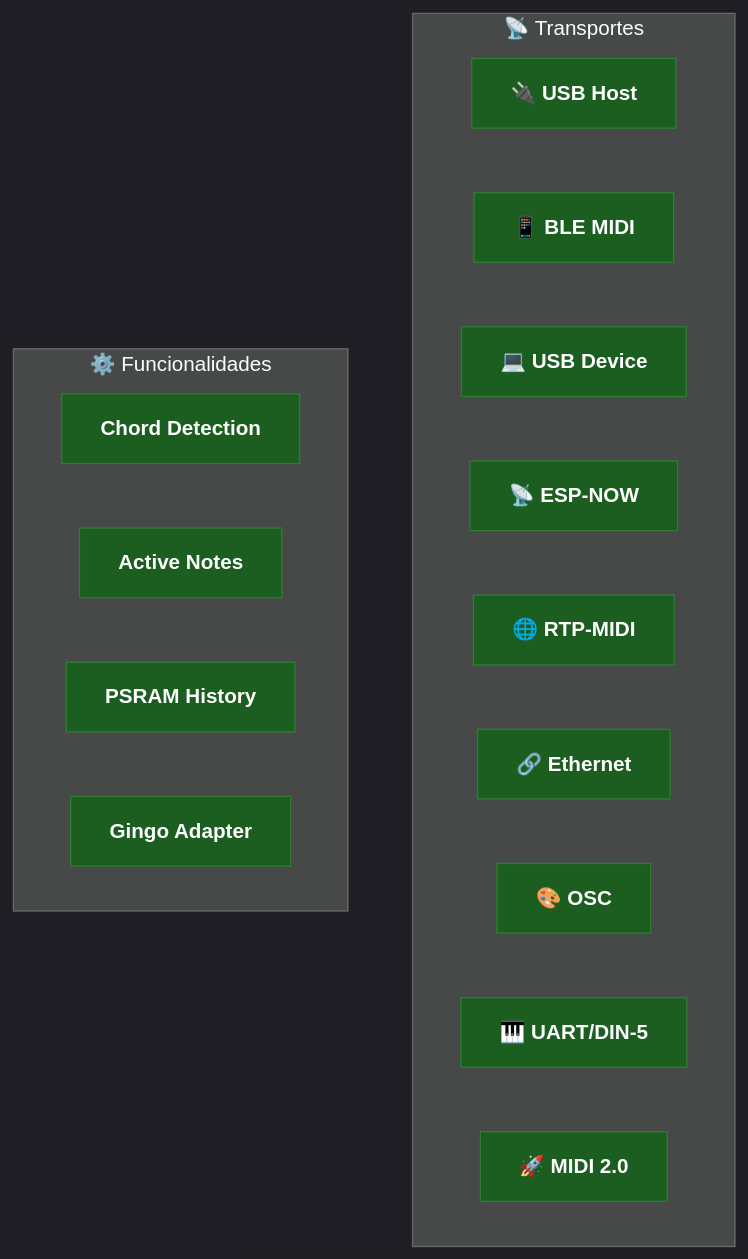
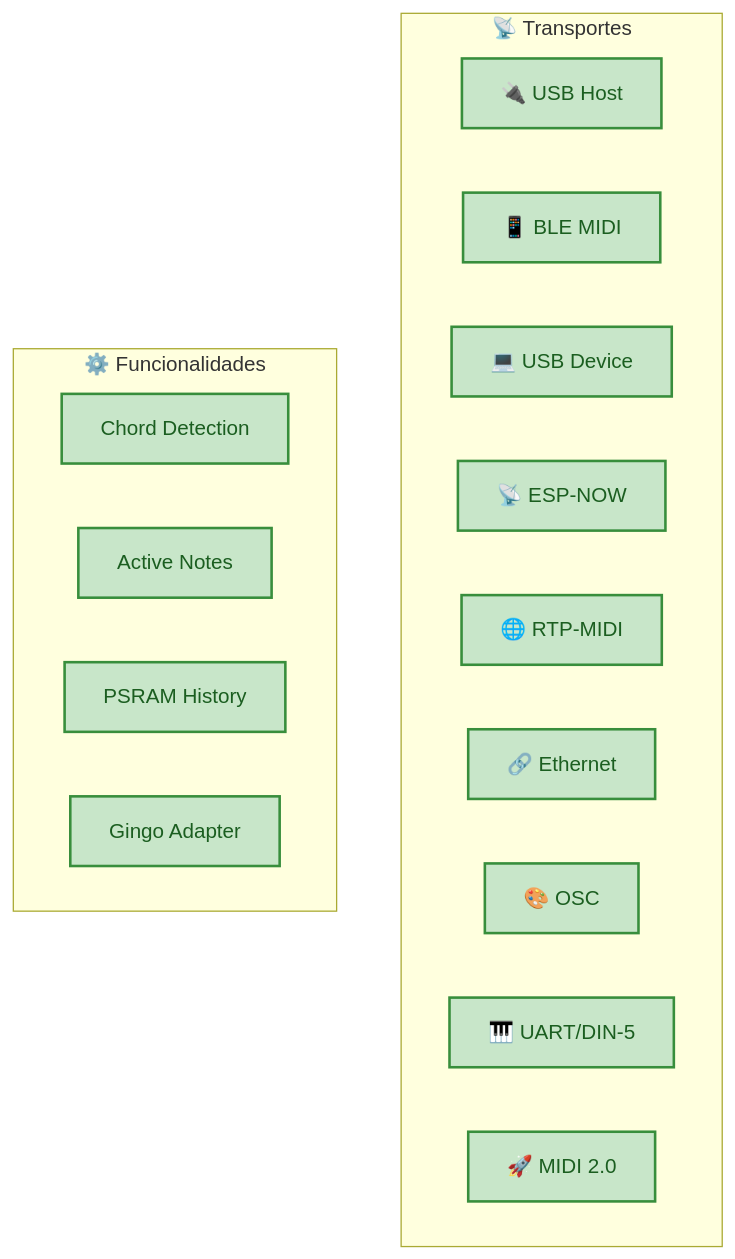
The diagram in docs/roadmap.md (sauloverissimo/ESP32_Host_MIDI), drawn with Mermaid before and after one commit. The commit also changed 2 other files, not shown here.

Commit message:
Fix Mermaid diagrams: light fills + dark text (same pattern as Gingo docs)
Dark fills with white text fail in MkDocs Material light mode.
Use light pastel fills (#B3E5FC blue, #E8EAF6 indigo, #B2DFDB teal,
#C8E6C9 green) with dark text (#01579B, #283593, #004D40, #1B5E20) —
readable in both light and dark page themes without CSS hacks.
Remove forced dark background from extra.css.

````diff
--- a/docs/roadmap.md
+++ b/docs/roadmap.md
@@ -11,27 +11,26 @@
 ```mermaid
-%%{init: {'theme': 'dark'}}%%
 graph TD
-    classDef done fill:#1B5E20,color:#fff,stroke:#2E7D32,font-weight:bold
-    classDef feat fill:#1A237E,color:#fff,stroke:#283593,font-weight:bold
+    classDef done fill:#C8E6C9,color:#1B5E20,stroke:#388E3C,stroke-width:2px
+    classDef feat fill:#B3E5FC,color:#01579B,stroke:#0288D1,stroke-width:2px
 
     subgraph T["📡 Transportes"]
         direction LR
         USB["🔌 USB Host"]:::done
         BLE["📱 BLE MIDI"]:::done
         USBDEV["💻 USB Device"]:::done
         ESPNOW["📡 ESP-NOW"]:::done
         RTP["🌐 RTP-MIDI"]:::done
         ETH["🔗 Ethernet"]:::done
         OSC["🎨 OSC"]:::done
         UART["🎹 UART/DIN-5"]:::done
         MIDI2["🚀 MIDI 2.0"]:::done
     end
 
     subgraph F["⚙️ Funcionalidades"]
         direction LR
         CHORD["Chord Detection"]:::done
         ACTIVE["Active Notes"]:::done
         HIST["PSRAM History"]:::done
         GINGO["Gingo Adapter"]:::done
     end
 ```
````
